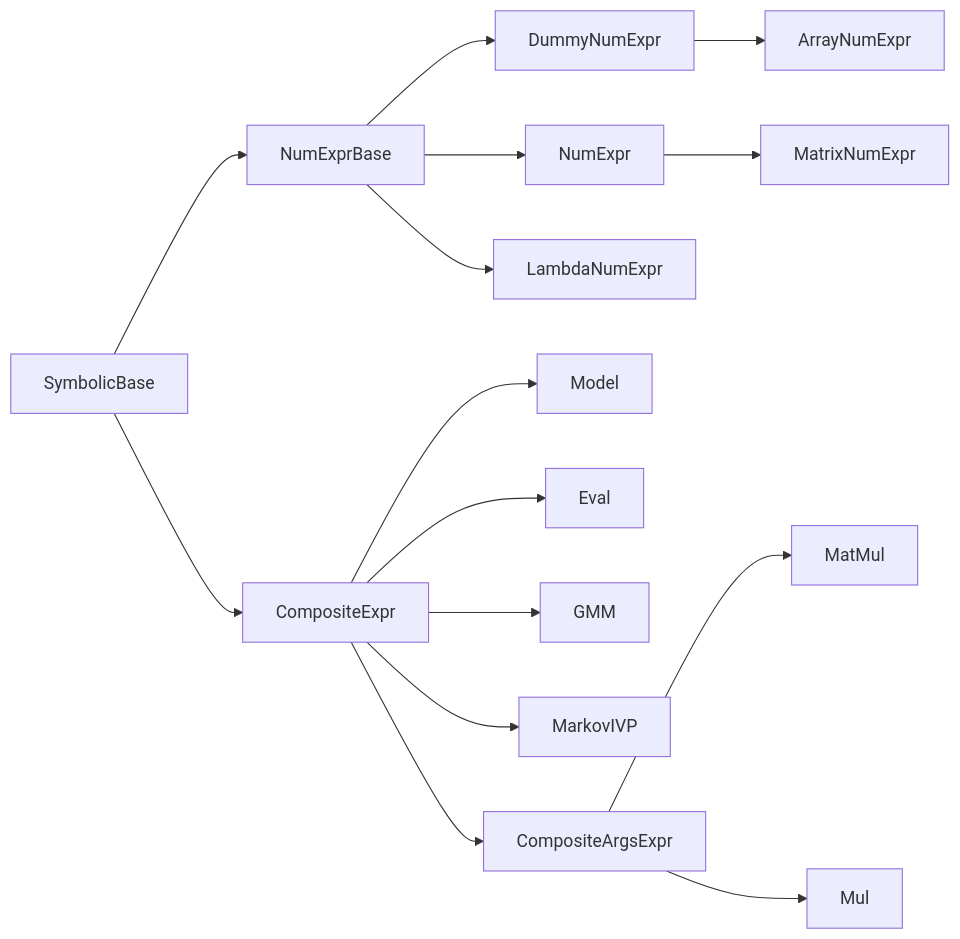
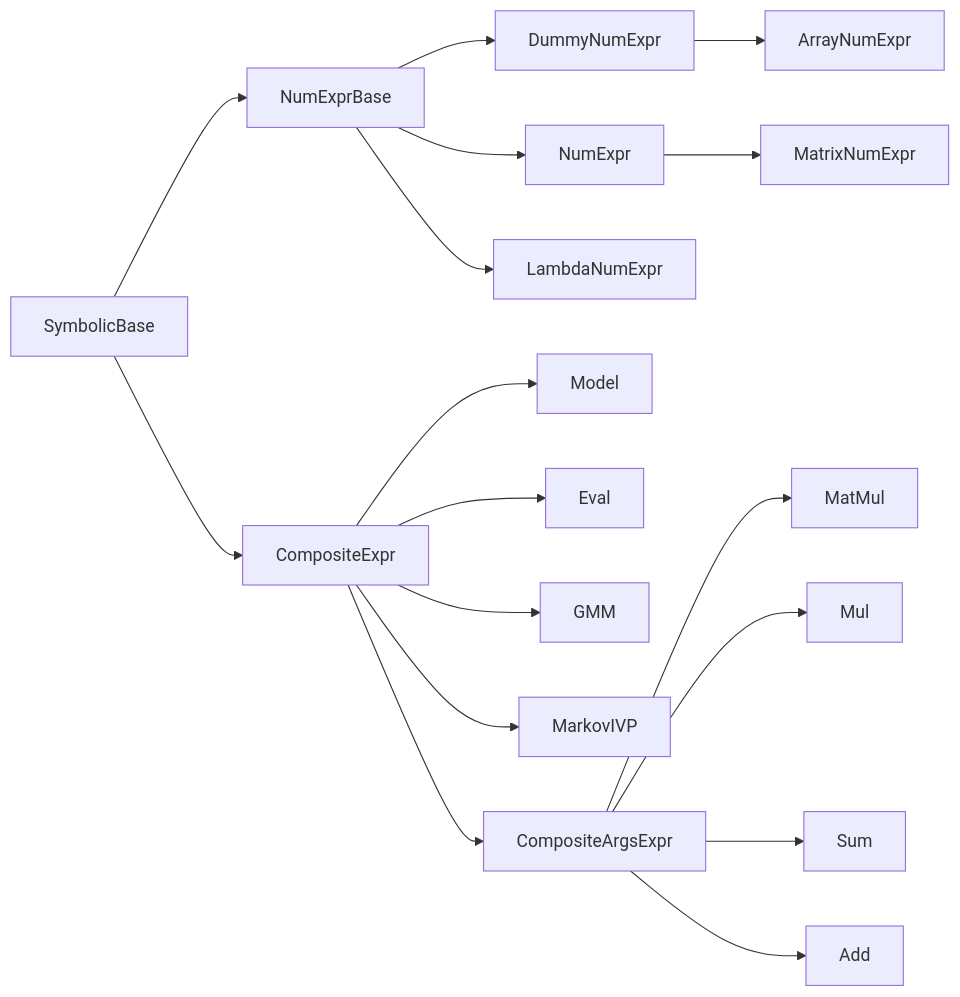
The diagram in docs/structure.md (Jhsmit/slimfit), drawn with Mermaid before and after one commit.

````diff
--- a/docs/structure.md
+++ b/docs/structure.md
@@ -5,17 +5,19 @@
 ```mermaid
 graph LR;
 SymbolicBase --> NumExprBase;
 SymbolicBase --> CompositeExpr;
 NumExprBase --> DummyNumExpr;
 DummyNumExpr --> ArrayNumExpr;
 NumExprBase --> NumExpr;
 NumExprBase --> LambdaNumExpr;
 NumExpr --> MatrixNumExpr;
 CompositeExpr --> Model;
 CompositeExpr --> Eval;
 CompositeExpr --> GMM;
 CompositeExpr --> MarkovIVP;
 CompositeExpr --> CompositeArgsExpr;
 CompositeArgsExpr --> MatMul;
 CompositeArgsExpr --> Mul;
+CompositeArgsExpr --> Sum;
+CompositeArgsExpr --> Add;
 ```
````
